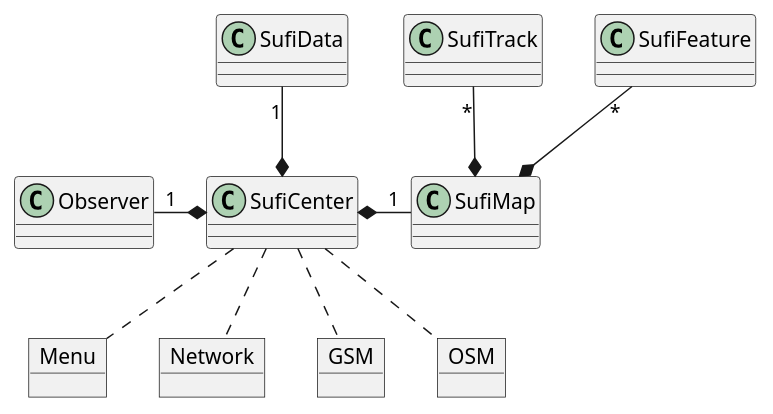
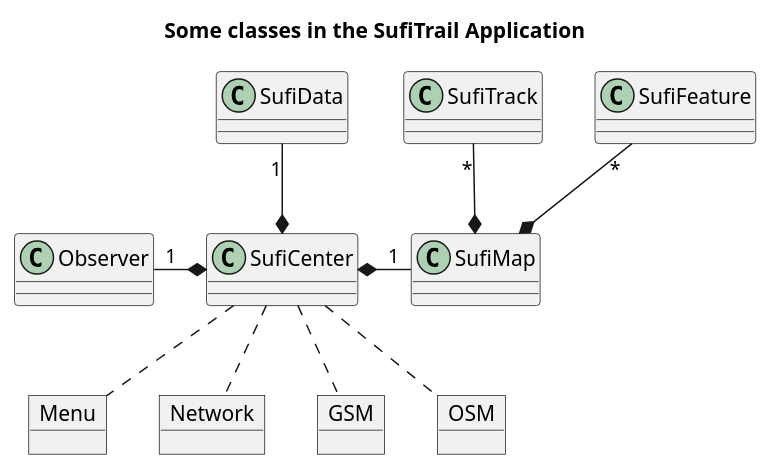
One commit to MARTIMM/Sufitrail changed the third of 7 diagrams in Doc/Designer notes.md. Above: the diagram before and after it, drawn with PlantUML. The commit also changed other lines of this file, not shown here.

````diff
--- a/Doc/Designer notes.md
+++ b/Doc/Designer notes.md
@@ -41,50 +96,50 @@
 ``` plantuml
-
+title Some classes in the SufiTrail Application
 class Observer {
 }
 
 class SufiData {
 }
 
 class SufiMap {
 }
 
 class SufiTrack {
 }
 
 class SufiFeature {
 }
 
 class SufiCenter {
 }
 
 'note "Menu is a javscript object" as M
 object Menu {
 
 }
 
 object Network {
 
 }
 
 object GSM {
 
 }
 
 object OSM {
 
 }
 
 SufiData "1" --* SufiCenter
 
 Observer "1" -* SufiCenter
 SufiCenter .. Menu
 SufiCenter *- "1" SufiMap
 SufiCenter .. Network
 SufiCenter .. GSM
 SufiCenter .. OSM
 
 SufiTrack "*" --* SufiMap
 SufiFeature "*" --* SufiMap
 
 ```
````
